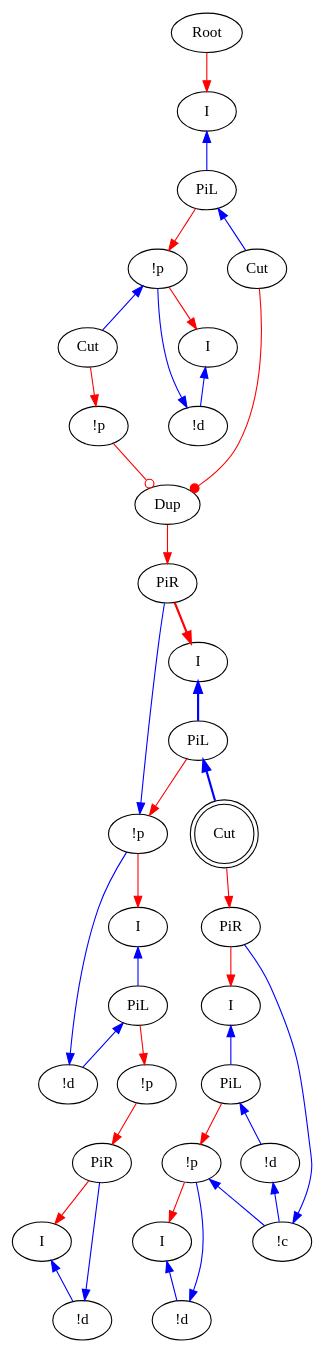
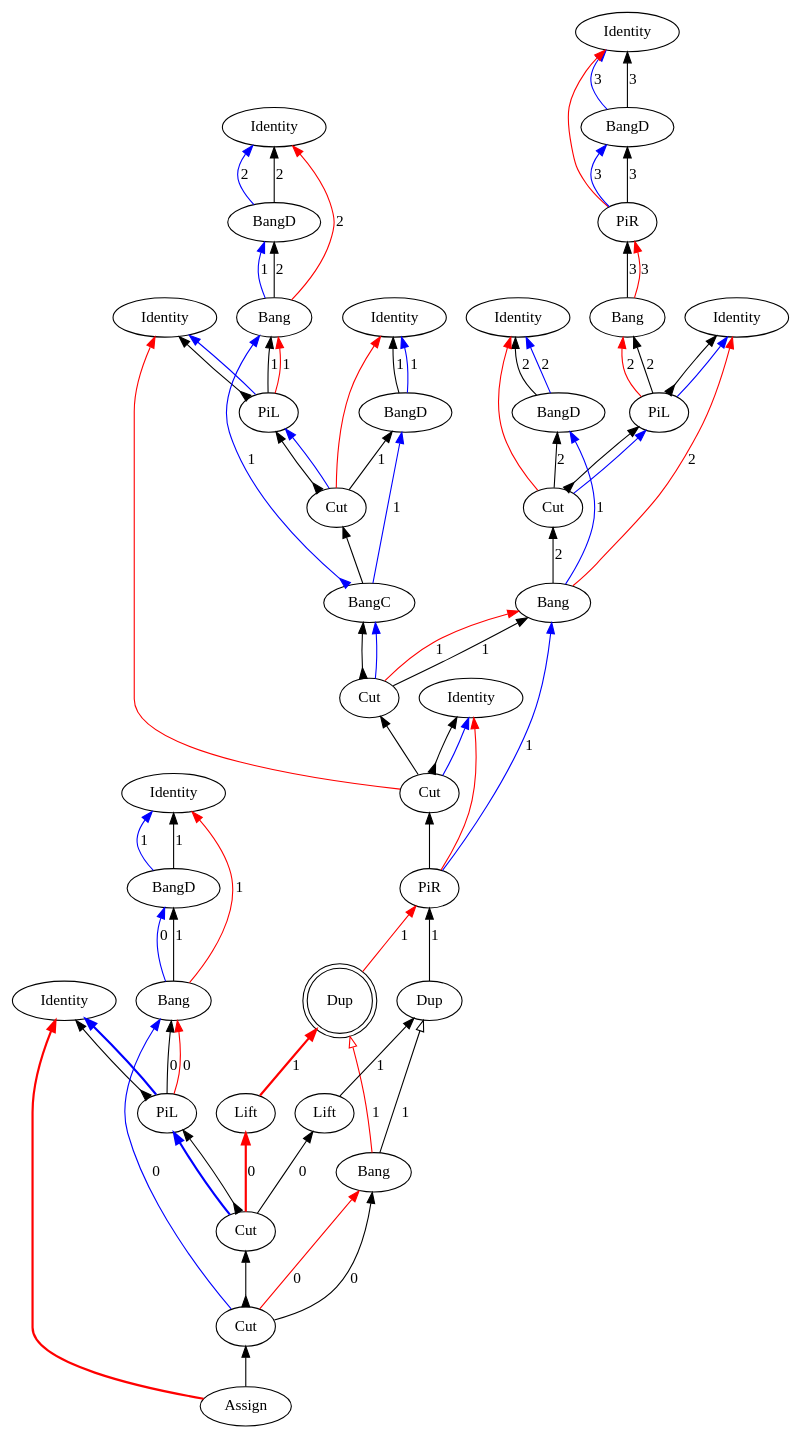
The diagram in src/core/graphs/example_m_6.dot (Mathnerd314/stroscot), drawn with Graphviz before and after one commit. The commit also changed 319 other files, not shown here.

```diff
--- a/src/core/graphs/example_m_6.dot
+++ b/src/core/graphs/example_m_6.dot
@@ -1,69 +1,113 @@
 digraph {
-"Root0" [label="Root"]
-"PiL0" [label="PiL"]
-"!p0" [label="!p"]
-"I0" [label="I"]
-"!d0" [label="!d"]
-"I1" [label="I"]
-"PiL1" [label="PiL"]
-"Cut0" [label="Cut",shape=doublecircle]
-"PiR0" [label="PiR"]
-"I2" [label="I"]
-"PiL2" [label="PiL"]
-"!d1" [label="!d"]
-"!c0" [label="!c"]
-"!p1" [label="!p"]
-"I3" [label="I"]
-"!d2" [label="!d"]
-"!p2" [label="!p"]
-"I4" [label="I"]
-"PiL3" [label="PiL"]
-"!d3" [label="!d"]
-"!p3" [label="!p"]
-"I5" [label="I"]
-"!d4" [label="!d"]
-"I6" [label="I"]
-"Dup0_0" [label="Dup"]
-"!p4" [label="!p"]
-"Cut1" [label="Cut"]
-"Cut2" [label="Cut"]
-"PiR1" [label="PiR"]
+rankdir="BT"
+"Identity0" [label="Identity"]
+"BangD1" [label="BangD"]
 "PiR2" [label="PiR"]
-"Cut1" -> "!p4"[color=red,tooltip="e1"]
-"Cut2" -> "Dup0_0"[color=red,tooltip="e2",arrowhead=dot]
-"!p4" -> "Dup0_0"[color=red,tooltip="e3",arrowhead=odot]
-"!p2" -> "PiR1"[color=blue,tooltip="h",dir=back]
-"!d3" -> "!p2"[color=blue,tooltip="hj",dir=back]
-"I1" -> "PiL1"[color=blue,tooltip="hl",penwidth=2,dir=back]
-"PiL1" -> "Cut0"[color=blue,tooltip="hl1",penwidth=2,dir=back]
-"Cut0" -> "PiR0"[color=red,tooltip="hl1r"]
-"I4" -> "PiL3"[color=blue,tooltip="hl2",dir=back]
-"PiL3" -> "!d3"[color=blue,tooltip="hl21",dir=back]
-"!p3" -> "PiR2"[color=red,tooltip="hl2i"]
-"PiL3" -> "!p3"[color=red,tooltip="hl2p"]
-"!p2" -> "I4"[color=red,tooltip="hli"]
-"PiL1" -> "!p2"[color=red,tooltip="hlp"]
-"PiR1" -> "I1"[color=red,tooltip="hr",penwidth=2]
-"!d4" -> "PiR2"[color=blue,tooltip="i",dir=back]
-"I5" -> "!d4"[color=blue,tooltip="il",dir=back]
-"PiR2" -> "I5"[color=red,tooltip="ir"]
-"Dup0_0" -> "PiR1"[color=red,tooltip="reti"]
-"Root0" -> "I6"[color=red,tooltip="rettop"]
-"!p0" -> "Cut1"[color=blue,tooltip="x2",dir=back]
-"!d0" -> "!p0"[color=blue,tooltip="xj",dir=back]
-"I6" -> "PiL0"[color=blue,tooltip="xl",dir=back]
-"PiL0" -> "Cut2"[color=blue,tooltip="xl1",dir=back]
-"I0" -> "!d0"[color=blue,tooltip="xl2",dir=back]
-"!p0" -> "I0"[color=red,tooltip="xli"]
-"PiL0" -> "!p0"[color=red,tooltip="xlp"]
-"!c0" -> "PiR0"[color=blue,tooltip="y",dir=back]
-"!d1" -> "!c0"[color=blue,tooltip="y1",dir=back]
-"!p1" -> "!c0"[color=blue,tooltip="y2",dir=back]
-"!d2" -> "!p1"[color=blue,tooltip="yj",dir=back]
-"I2" -> "PiL2"[color=blue,tooltip="yl",dir=back]
-"PiL2" -> "!d1"[color=blue,tooltip="yl1",dir=back]
-"I3" -> "!d2"[color=blue,tooltip="yl2",dir=back]
-"!p1" -> "I3"[color=red,tooltip="yli"]
-"PiL2" -> "!p1"[color=red,tooltip="ylp"]
-"PiR0" -> "I2"[color=red,tooltip="yr"]
+"Bang3" [label="Bang"]
+"Identity4" [label="Identity"]
+"PiL5" [label="PiL"]
+"Identity6" [label="Identity"]
+"BangD7" [label="BangD"]
+"Cut8" [label="Cut"]
+"Bang9" [label="Bang"]
+"Identity10" [label="Identity"]
+"Identity11" [label="Identity"]
+"BangD12" [label="BangD"]
+"Bang13" [label="Bang"]
+"Identity14" [label="Identity"]
+"PiL15" [label="PiL"]
+"Identity16" [label="Identity"]
+"BangD17" [label="BangD"]
+"Cut18" [label="Cut"]
+"BangC19" [label="BangC"]
+"PiR20" [label="PiR"]
+"Identity21" [label="Identity"]
+"BangD22" [label="BangD"]
+"Bang23" [label="Bang"]
+"Identity24" [label="Identity"]
+"PiL25" [label="PiL"]
+"Assign26" [label="Assign"]
+"Cut27" [label="Cut"]
+"Cut28" [label="Cut"]
+"Dup29" [label="Dup"]
+"Dup30" [label="Dup",shape=doublecircle]
+"Bang31" [label="Bang"]
+"Cut32" [label="Cut"]
+"Cut33" [label="Cut"]
+"Lift34" [label="Lift"]
+"Lift35" [label="Lift"]
+"Bang23" -> "BangD22"[color=black,weight=5,tooltip="c_bseq24",label="1",arrowhead=normal,arrowtail=none,dir=both]
+"Dup29" -> "PiR20"[color=black,weight=5,tooltip="c_bseq32",label="1",arrowhead=normal,arrowtail=none,dir=both]
+"Bang13" -> "BangD12"[color=black,weight=5,tooltip="c_bseq58",label="2",arrowhead=normal,arrowtail=none,dir=both]
+"Bang9" -> "Cut8"[color=black,weight=5,tooltip="c_bseq67",label="2",arrowhead=normal,arrowtail=none,dir=both]
+"Bang3" -> "PiR2"[color=black,weight=5,tooltip="c_bseq79",label="3",arrowhead=normal,arrowtail=none,dir=both]
+"Lift34" -> "Dup29"[color=black,weight=5,tooltip="c_bseq87",label="1",arrowhead=normal,arrowtail=none,dir=both]
+"Bang31" -> "Dup29"[color=black,weight=5,tooltip="c_bseq91",label="1",arrowhead=onormal,arrowtail=none,dir=both]
+"Cut18" -> "PiL15"[color=black,weight=5,tooltip="c_lseq46",arrowhead=normal,arrowtail=inv,dir=both]
+"Cut8" -> "PiL5"[color=black,weight=5,tooltip="c_lseq68",arrowhead=normal,arrowtail=inv,dir=both]
+"Cut18" -> "BangD17"[color=black,weight=5,tooltip="c_rseq47",label="1",arrowhead=normal,arrowtail=none,dir=both]
+"Cut8" -> "BangD7"[color=black,weight=5,tooltip="c_rseq69",label="2",arrowhead=normal,arrowtail=none,dir=both]
+"PiL25" -> "Bang23"[color=black,weight=5,tooltip="dseq20",label="0",arrowhead=normal,arrowtail=none,dir=both]
+"PiL15" -> "Bang13"[color=black,weight=5,tooltip="dseq54",label="1",arrowhead=normal,arrowtail=none,dir=both]
+"Cut27" -> "Bang9"[color=black,weight=5,tooltip="dseq63",label="1",arrowhead=normal,arrowtail=none,dir=both]
+"PiL5" -> "Bang3"[color=black,weight=5,tooltip="dseq76",label="2",arrowhead=normal,arrowtail=none,dir=both]
+"Cut32" -> "Bang31"[color=black,weight=5,tooltip="dseq93",label="0",arrowhead=normal,arrowtail=none,dir=both]
+"PiR20" -> "Bang9"[color=blue,weight=2,tooltip="h34",label="1",arrowhead=normal,arrowtail=none,dir=both]
+"Bang9" -> "BangD7"[color=blue,weight=2,tooltip="hf65",label="1",arrowhead=normal,arrowtail=none,dir=both]
+"BangD7" -> "Identity6"[color=blue,weight=2,tooltip="hret73",label="2",arrowhead=normal,arrowtail=none,dir=both]
+"BangD7" -> "Identity6"[color=black,weight=5,tooltip="hseq72",label="2",arrowhead=normal,arrowtail=none,dir=both]
+"PiR2" -> "BangD1"[color=blue,weight=2,tooltip="i81",label="3",arrowhead=normal,arrowtail=none,dir=both]
+"PiL25" -> "Identity24"[color=black,weight=5,tooltip="idseq21",arrowhead=normal,arrowtail=inv,dir=both]
+"PiL15" -> "Identity14"[color=black,weight=5,tooltip="idseq55",arrowhead=normal,arrowtail=inv,dir=both]
+"Cut28" -> "Identity10"[color=black,weight=5,tooltip="idseq64",arrowhead=normal,arrowtail=inv,dir=both]
+"PiL5" -> "Identity4"[color=black,weight=5,tooltip="idseq77",arrowhead=normal,arrowtail=inv,dir=both]
+"BangD1" -> "Identity0"[color=blue,weight=2,tooltip="iret84",label="3",arrowhead=normal,arrowtail=none,dir=both]
+"BangD1" -> "Identity0"[color=black,weight=5,tooltip="iseq83",label="3",arrowhead=normal,arrowtail=none,dir=both]
+"PiL25" -> "Identity24"[color=blue,weight=2,tooltip="lret19",arrowhead=normal,arrowtail=none,penwidth=2,dir=both]
+"PiL15" -> "Identity14"[color=blue,weight=2,tooltip="lret53",arrowhead=normal,arrowtail=none,dir=both]
+"Cut28" -> "Identity10"[color=blue,weight=2,tooltip="lret62",arrowhead=normal,arrowtail=none,dir=both]
+"PiL5" -> "Identity4"[color=blue,weight=2,tooltip="lret75",arrowhead=normal,arrowtail=none,dir=both]
+"Cut33" -> "PiL25"[color=blue,weight=2,tooltip="lval14",arrowhead=normal,arrowtail=none,penwidth=2,dir=both]
+"Cut18" -> "PiL15"[color=blue,weight=2,tooltip="lval48",arrowhead=normal,arrowtail=none,dir=both]
+"Cut8" -> "PiL5"[color=blue,weight=2,tooltip="lval70",arrowhead=normal,arrowtail=none,dir=both]
+"PiL25" -> "Bang23"[color=red,weight=2,tooltip="newrret18",label="0",arrowhead=normal,arrowtail=none,dir=both]
+"PiL15" -> "Bang13"[color=red,weight=2,tooltip="newrret52",label="1",arrowhead=normal,arrowtail=none,dir=both]
+"Cut27" -> "Bang9"[color=red,weight=2,tooltip="newrret61",label="1",arrowhead=normal,arrowtail=none,dir=both]
+"PiL5" -> "Bang3"[color=red,weight=2,tooltip="newrret74",label="2",arrowhead=normal,arrowtail=none,dir=both]
+"Cut32" -> "Bang31"[color=red,weight=2,tooltip="newrret94",label="0",arrowhead=normal,arrowtail=none,dir=both]
+"Bang23" -> "Identity21"[color=red,weight=2,tooltip="newrretf23",label="1",arrowhead=normal,arrowtail=none,dir=both]
+"Dup30" -> "PiR20"[color=red,weight=2,tooltip="newrretf31",label="1",arrowhead=normal,arrowtail=none,dir=both]
+"Bang13" -> "Identity11"[color=red,weight=2,tooltip="newrretf57",label="2",arrowhead=normal,arrowtail=none,dir=both]
+"Bang9" -> "Identity4"[color=red,weight=2,tooltip="newrretf66",label="2",arrowhead=normal,arrowtail=none,dir=both]
+"Bang3" -> "PiR2"[color=red,weight=2,tooltip="newrretf78",label="3",arrowhead=normal,arrowtail=none,dir=both]
+"Lift35" -> "Dup30"[color=red,weight=2,tooltip="newrretf88",label="1",arrowhead=normal,arrowtail=none,penwidth=2,dir=both]
+"Bang31" -> "Dup30"[color=red,weight=2,tooltip="newrretf92",label="1",arrowhead=onormal,arrowtail=none,dir=both]
+"PiR20" -> "Identity10"[color=red,weight=2,tooltip="ret35",arrowhead=normal,arrowtail=none,dir=both]
+"Cut28" -> "Identity14"[color=red,weight=2,tooltip="ret42",arrowhead=normal,arrowtail=none,dir=both]
+"Assign26" -> "Identity24"[color=red,weight=2,tooltip="ret8",arrowhead=normal,arrowtail=none,penwidth=2,dir=both]
+"PiR2" -> "Identity0"[color=red,weight=2,tooltip="ret82",arrowhead=normal,arrowtail=none,dir=both]
+"Assign26" -> "Cut32"[color=black,weight=5,tooltip="retseq0",arrowhead=normal,arrowtail=none,dir=both]
+"Cut18" -> "Identity16"[color=red,weight=2,tooltip="rval49",arrowhead=normal,arrowtail=none,dir=both]
+"Cut8" -> "Identity6"[color=red,weight=2,tooltip="rval71",arrowhead=normal,arrowtail=none,dir=both]
+"PiR20" -> "Cut28"[color=black,weight=5,tooltip="seq33",arrowhead=normal,arrowtail=none,dir=both]
+"Cut27" -> "BangC19"[color=black,weight=5,tooltip="seq40",arrowhead=normal,arrowtail=inv,dir=both]
+"BangC19" -> "Cut18"[color=black,weight=5,tooltip="seq45",arrowhead=normal,arrowtail=none,dir=both]
+"PiR2" -> "BangD1"[color=black,weight=5,tooltip="seq80",label="3",arrowhead=normal,arrowtail=none,dir=both]
+"Cut32" -> "Cut33"[color=black,weight=5,tooltip="seqBC95",arrowhead=normal,arrowtail=inv,dir=both]
+"Cut33" -> "Lift35"[color=red,weight=2,tooltip="seqDM97",label="0",arrowhead=normal,arrowtail=none,penwidth=2,dir=both]
+"Cut33" -> "Lift34"[color=black,weight=5,tooltip="seqDS96",label="0",arrowhead=normal,arrowtail=none,dir=both]
+"Cut28" -> "Cut27"[color=black,weight=5,tooltip="seqP86",arrowhead=normal,arrowtail=none,dir=both]
+"Cut32" -> "Bang23"[color=blue,weight=2,tooltip="xB10",label="0",arrowhead=normal,arrowtail=none,dir=both]
+"Bang23" -> "BangD22"[color=blue,weight=2,tooltip="xBf22",label="0",arrowhead=normal,arrowtail=none,dir=both]
+"BangD22" -> "Identity21"[color=blue,weight=2,tooltip="xret26",label="1",arrowhead=normal,arrowtail=none,dir=both]
+"Cut33" -> "PiL25"[color=black,weight=5,tooltip="xseq16",arrowhead=normal,arrowtail=inv,dir=both]
+"BangD22" -> "Identity21"[color=black,weight=5,tooltip="xseq25",label="1",arrowhead=normal,arrowtail=none,dir=both]
+"Cut27" -> "BangC19"[color=blue,weight=2,tooltip="y41",arrowhead=normal,arrowtail=none,dir=both]
+"BangC19" -> "BangD17"[color=blue,weight=2,tooltip="yA43",label="1",arrowhead=normal,arrowtail=none,dir=both]
+"BangC19" -> "Bang13"[color=blue,weight=2,tooltip="yB44",label="1",arrowhead=normal,arrowtail=inv,dir=both]
+"Bang13" -> "BangD12"[color=blue,weight=2,tooltip="yBf56",label="1",arrowhead=normal,arrowtail=none,dir=both]
+"BangD17" -> "Identity16"[color=blue,weight=2,tooltip="yret51",label="1",arrowhead=normal,arrowtail=none,dir=both]
+"BangD12" -> "Identity11"[color=blue,weight=2,tooltip="yret60",label="2",arrowhead=normal,arrowtail=none,dir=both]
+"BangD17" -> "Identity16"[color=black,weight=5,tooltip="yseq50",label="1",arrowhead=normal,arrowtail=none,dir=both]
+"BangD12" -> "Identity11"[color=black,weight=5,tooltip="yseq59",label="2",arrowhead=normal,arrowtail=none,dir=both]
 }
```
